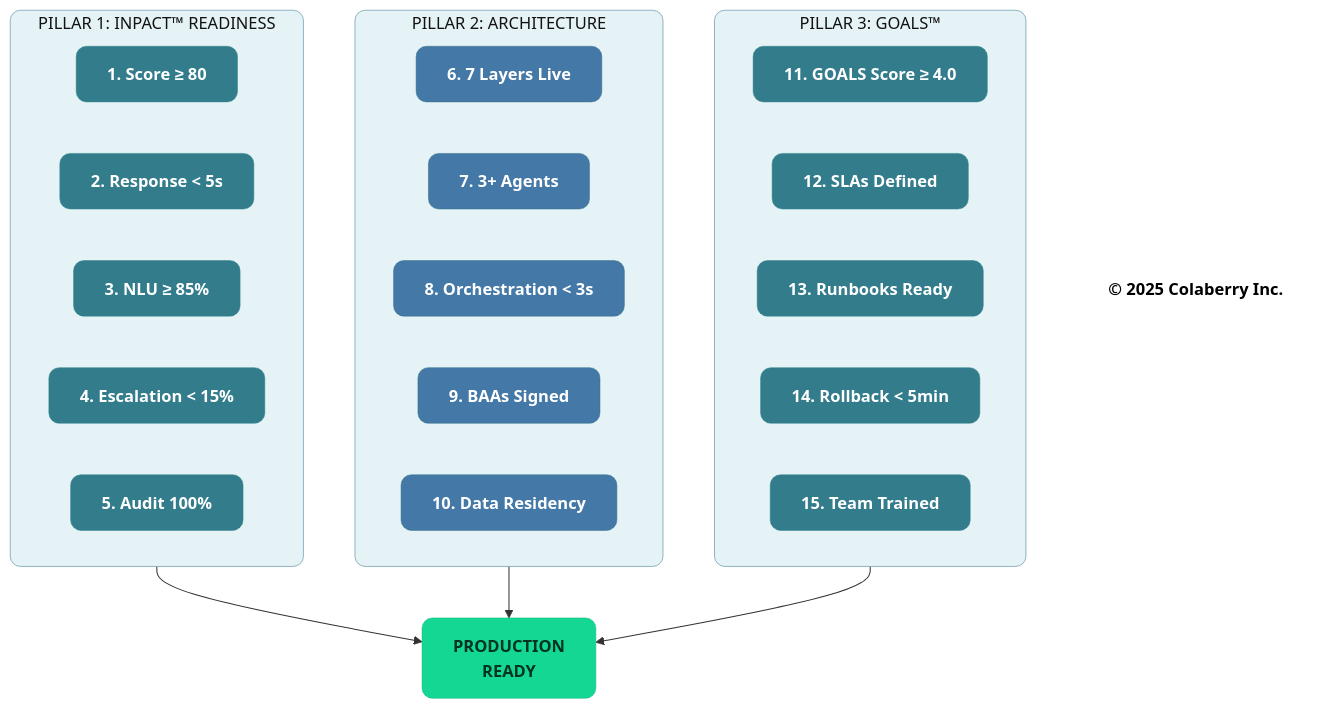
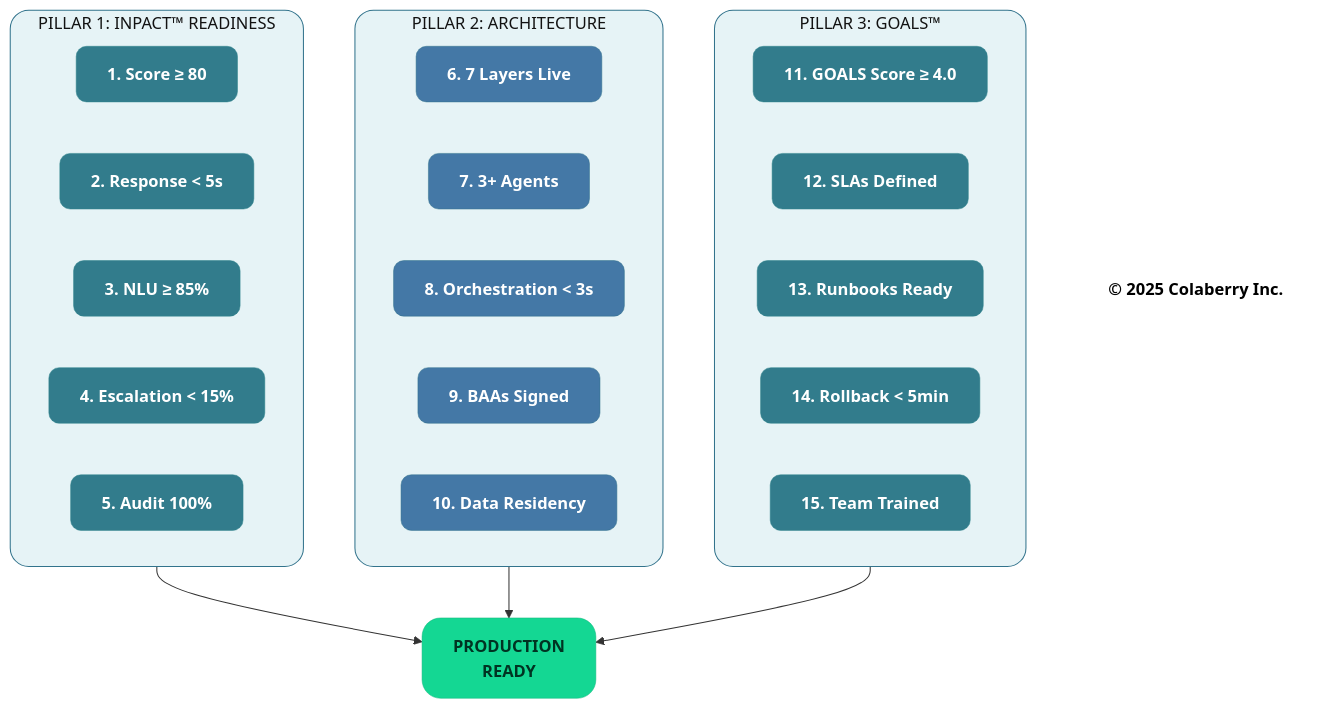
One commit to saitejesh-cyber/trust-before-intelligence-book changed the second of 6 diagrams in manuscript/13_chapter_12_running_agents_at_scale_v1_2.md. Above: the diagram before and after it, drawn with Mermaid. The commit also changed other lines of this file and 12 other files, not shown here.

````diff
--- a/manuscript/13_chapter_12_running_agents_at_scale_v1_2.md
+++ b/manuscript/13_chapter_12_running_agents_at_scale_v1_2.md
@@ -78,53 +78,53 @@
 ```mermaid
 graph TD
     subgraph INPACT["PILLAR 1: INPACT™ READINESS"]
         I1["<b>1. Score ≥ 80</b>"]
         I2["<b>2. Response < 5s</b>"]
         I3["<b>3. NLU ≥ 85%</b>"]
         I4["<b>4. Escalation < 15%</b>"]
         I5["<b>5. Audit 100%</b>"]
     end
     
     subgraph ARCH["PILLAR 2: ARCHITECTURE"]
         A1["<b>6. 7 Layers Live</b>"]
         A2["<b>7. 3+ Agents</b>"]
         A3["<b>8. Orchestration < 3s</b>"]
         A4["<b>9. BAAs Signed</b>"]
         A5["<b>10. Data Residency</b>"]
     end
     
     subgraph GOALS["PILLAR 3: GOALS™"]
         G1["<b>11. GOALS Score ≥ 4.0</b>"]
         G2["<b>12. SLAs Defined</b>"]
         G3["<b>13. Runbooks Ready</b>"]
         G4["<b>14. Rollback < 5min</b>"]
         G5["<b>15. Team Trained</b>"]
     end
     
     INPACT --> READY["<b>PRODUCTION<br/>READY</b>"]
     ARCH --> READY
     GOALS --> READY
     
     Copyright["<b>© 2025 Colaberry Inc.</b>"]
     
-    style INPACT fill:#E6F3F6,stroke:#32738C,stroke-width:0.5px,color:#121212,rx:10,ry:10
-    style ARCH fill:#E6F3F6,stroke:#32738C,stroke-width:0.5px,color:#121212,rx:10,ry:10
-    style GOALS fill:#E6F3F6,stroke:#32738C,stroke-width:0.5px,color:#121212,rx:10,ry:10
-    style READY fill:#14D793,stroke:#0FB67D,stroke-width:0.5px,color:#003322,rx:10,ry:10
+    style INPACT fill:#E6F3F6,stroke:#32738C,stroke-width:1px,color:#121212,rx:18,ry:18
+    style ARCH fill:#E6F3F6,stroke:#32738C,stroke-width:1px,color:#121212,rx:18,ry:18
+    style GOALS fill:#E6F3F6,stroke:#32738C,stroke-width:1px,color:#121212,rx:18,ry:18
+    style READY fill:#14D793,stroke:#0FB67D,stroke-width:0.5px,color:#003322,rx:18,ry:18
     style I1 fill:#327C8C,stroke:#30838C,stroke-width:0.5px,color:#ffffff,rx:10,ry:10
     style I2 fill:#327C8C,stroke:#30838C,stroke-width:0.5px,color:#ffffff,rx:10,ry:10
     style I3 fill:#327C8C,stroke:#30838C,stroke-width:0.5px,color:#ffffff,rx:10,ry:10
     style I4 fill:#327C8C,stroke:#30838C,stroke-width:0.5px,color:#ffffff,rx:10,ry:10
     style I5 fill:#327C8C,stroke:#30838C,stroke-width:0.5px,color:#ffffff,rx:10,ry:10
     style A1 fill:#4478A6,stroke:#32738C,stroke-width:0.5px,color:#ffffff,rx:10,ry:10
     style A2 fill:#4478A6,stroke:#32738C,stroke-width:0.5px,color:#ffffff,rx:10,ry:10
     style A3 fill:#4478A6,stroke:#32738C,stroke-width:0.5px,color:#ffffff,rx:10,ry:10
     style A4 fill:#4478A6,stroke:#32738C,stroke-width:0.5px,color:#ffffff,rx:10,ry:10
     style A5 fill:#4478A6,stroke:#32738C,stroke-width:0.5px,color:#ffffff,rx:10,ry:10
     style G1 fill:#327C8C,stroke:#30838C,stroke-width:0.5px,color:#ffffff,rx:10,ry:10
     style G2 fill:#327C8C,stroke:#30838C,stroke-width:0.5px,color:#ffffff,rx:10,ry:10
     style G3 fill:#327C8C,stroke:#30838C,stroke-width:0.5px,color:#ffffff,rx:10,ry:10
     style G4 fill:#327C8C,stroke:#30838C,stroke-width:0.5px,color:#ffffff,rx:10,ry:10
     style G5 fill:#327C8C,stroke:#30838C,stroke-width:0.5px,color:#ffffff,rx:10,ry:10
     style Copyright fill:none,stroke:none,color:#000000
 ```
````
